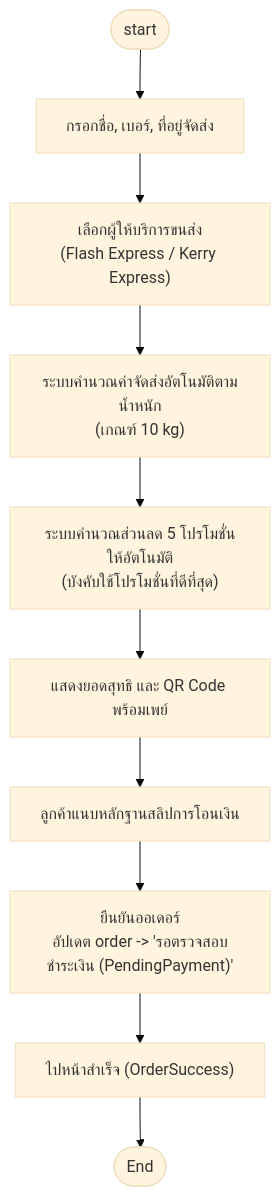
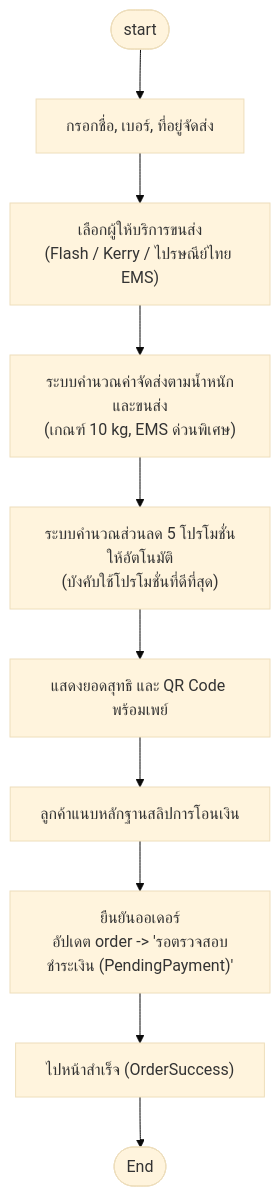
The eighth of 18 diagrams in README.md (doraemon-kub/CSI402_Project-final), drawn with Mermaid (base theme) before and after one commit. The commit also changed other lines of this file and 6 other files, not shown here.

Commit message:
feat: adjust shipping fees with EMS express surcharge and dynamic checkout total update

````diff
--- a/README.md
+++ b/README.md
@@ -241,12 +241,12 @@
 ```mermaid
 flowchart TD
     Start([start]) --> InputAddress["กรอกชื่อ, เบอร์, ที่อยู่จัดส่ง"]
-    InputAddress --> SelectCourier["เลือกผู้ให้บริการขนส่ง\n(Flash Express / Kerry Express)"]
-    SelectCourier --> AutoCalcShipping["ระบบคำนวณค่าจัดส่งอัตโนมัติตามน้ำหนัก\n(เกณฑ์ 10 kg)"]
+    InputAddress --> SelectCourier["เลือกผู้ให้บริการขนส่ง\n(Flash / Kerry / ไปรษณีย์ไทย EMS)"]
+    SelectCourier --> AutoCalcShipping["ระบบคำนวณค่าจัดส่งตามน้ำหนักและขนส่ง\n(เกณฑ์ 10 kg, EMS ด่วนพิเศษ)"]
     AutoCalcShipping --> AutoApplyPromo["ระบบคำนวณส่วนลด 5 โปรโมชั่นให้อัตโนมัติ\n(บังคับใช้โปรโมชั่นที่ดีที่สุด)"]
     AutoApplyPromo --> ShowQR["แสดงยอดสุทธิ และ QR Code พร้อมเพย์"]
     ShowQR --> UploadSlip["ลูกค้าแนบหลักฐานสลิปการโอนเงิน"]
     UploadSlip --> ConfirmCheckout["ยืนยันออเดอร์\nอัปเดต order -> 'รอตรวจสอบชำระเงิน (PendingPayment)'"]
     ConfirmCheckout --> OrderSuccess["ไปหน้าสำเร็จ (OrderSuccess)"]
     OrderSuccess --> End([End])
 ```
````
